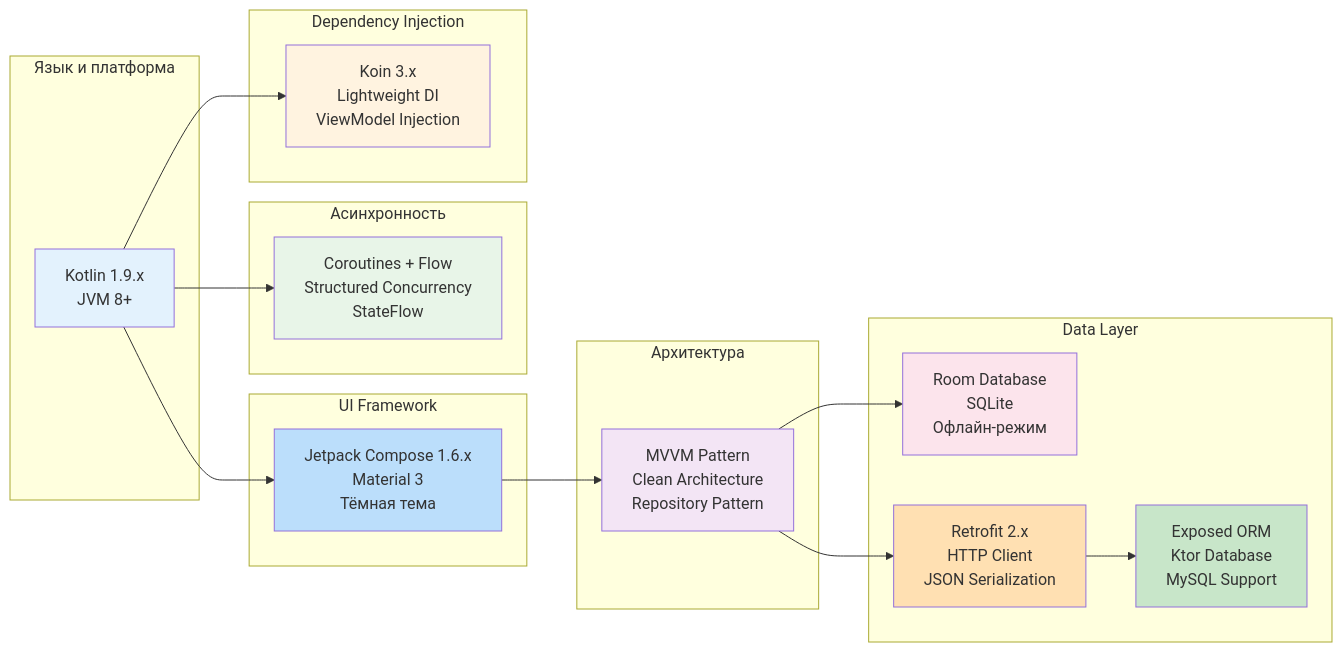
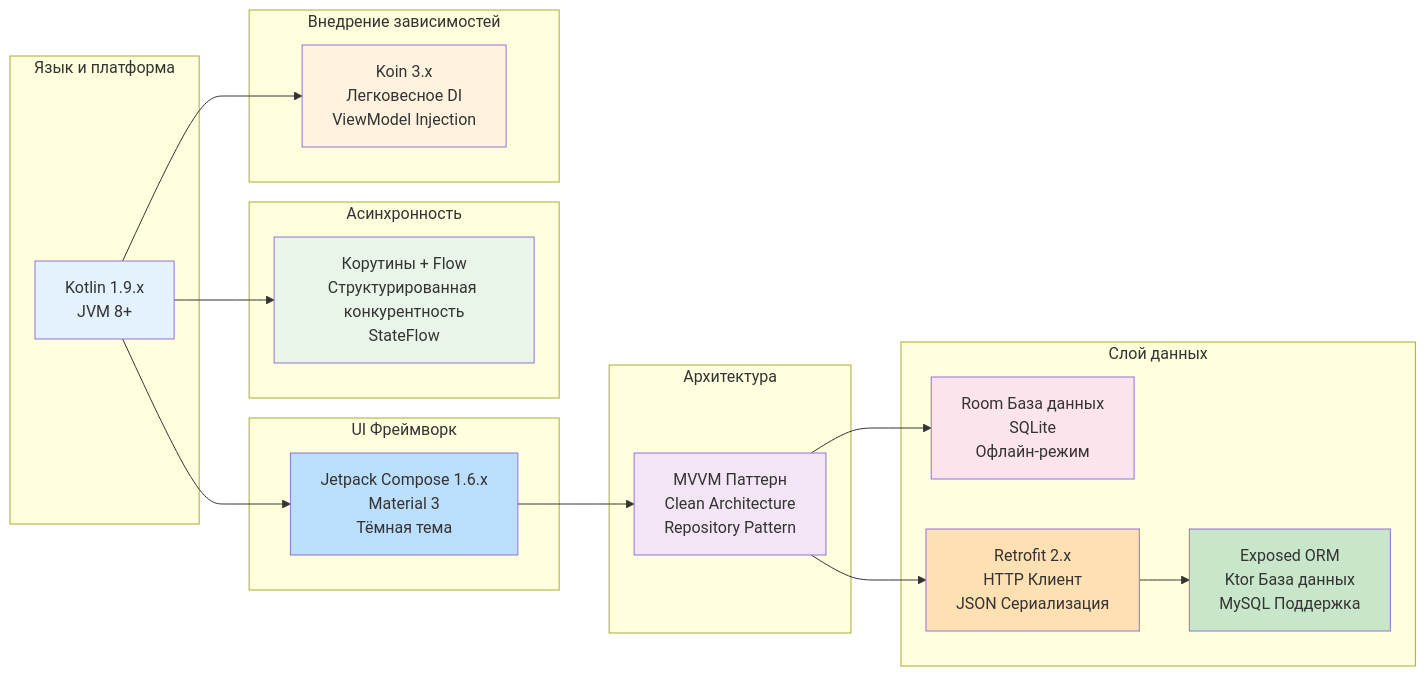
The seventh of 34 diagrams in ALL_DIAGRAMS.md (Angel-Energy/diplom-), drawn with Mermaid before and after one commit. The commit also changed other lines of this file and 7 other files, not shown here.

Commit message:
feat(diagrams): Fix diagram styles and update statistics

````diff
--- a/ALL_DIAGRAMS.md
+++ b/ALL_DIAGRAMS.md
@@ -203,38 +203,38 @@
 ```mermaid
 graph LR
     subgraph "Язык и платформа"
-        A[Kotlin 1.9.x<br/>JVM 8+]
+        kotlin[Kotlin 1.9.x<br/>JVM 8+]
     end
-    subgraph "UI Framework"
-        B[Jetpack Compose 1.6.x<br/>Material 3<br/>Тёмная тема]
+    subgraph "UI Фреймворк"
+        compose[Jetpack Compose 1.6.x<br/>Material 3<br/>Тёмная тема]
     end
     subgraph "Асинхронность"
-        C[Coroutines + Flow<br/>Structured Concurrency<br/>StateFlow]
+        корутины[Корутины + Flow<br/>Структурированная конкурентность<br/>StateFlow]
     end
-    subgraph "Dependency Injection"
-        D[Koin 3.x<br/>Lightweight DI<br/>ViewModel Injection]
+    subgraph "Внедрение зависимостей"
+        koin[Koin 3.x<br/>Легковесное DI<br/>ViewModel Injection]
     end
     subgraph "Архитектура"
-        E[MVVM Pattern<br/>Clean Architecture<br/>Repository Pattern]
+        mvvm[MVVM Паттерн<br/>Clean Architecture<br/>Repository Pattern]
     end
-    subgraph "Data Layer"
-        F[Room Database<br/>SQLite<br/>Офлайн-режим]
-        G[Retrofit 2.x<br/>HTTP Client<br/>JSON Serialization]
-        H[Exposed ORM<br/>Ktor Database<br/>MySQL Support]
+    subgraph "Слой данных"
+        room[Room База данных<br/>SQLite<br/>Офлайн-режим]
+        retrofit[Retrofit 2.x<br/>HTTP Клиент<br/>JSON Сериализация]
+        exposed[Exposed ORM<br/>Ktor База данных<br/>MySQL Поддержка]
     end
-    A --> B
-    A --> C
-    A --> D
-    B --> E
-    E --> F
-    E --> G
-    G --> H
-    style A fill:#e3f2fd
-    style B fill:#bbdefb
-    style C fill:#e8f5e8
-    style D fill:#fff3e0
-    style E fill:#f3e5f5
-    style F fill:#fce4ec
-    style G fill:#ffe0b2
-    style H fill:#c8e6c9
+    kotlin --> compose
+    kotlin --> корутины
+    kotlin --> koin
+    compose --> mvvm
+    mvvm --> room
+    mvvm --> retrofit
+    retrofit --> exposed
+    style kotlin fill:#e3f2fd
+    style compose fill:#bbdefb
+    style корутины fill:#e8f5e8
+    style koin fill:#fff3e0
+    style mvvm fill:#f3e5f5
+    style room fill:#fce4ec
+    style retrofit fill:#ffe0b2
+    style exposed fill:#c8e6c9
 ```
````
